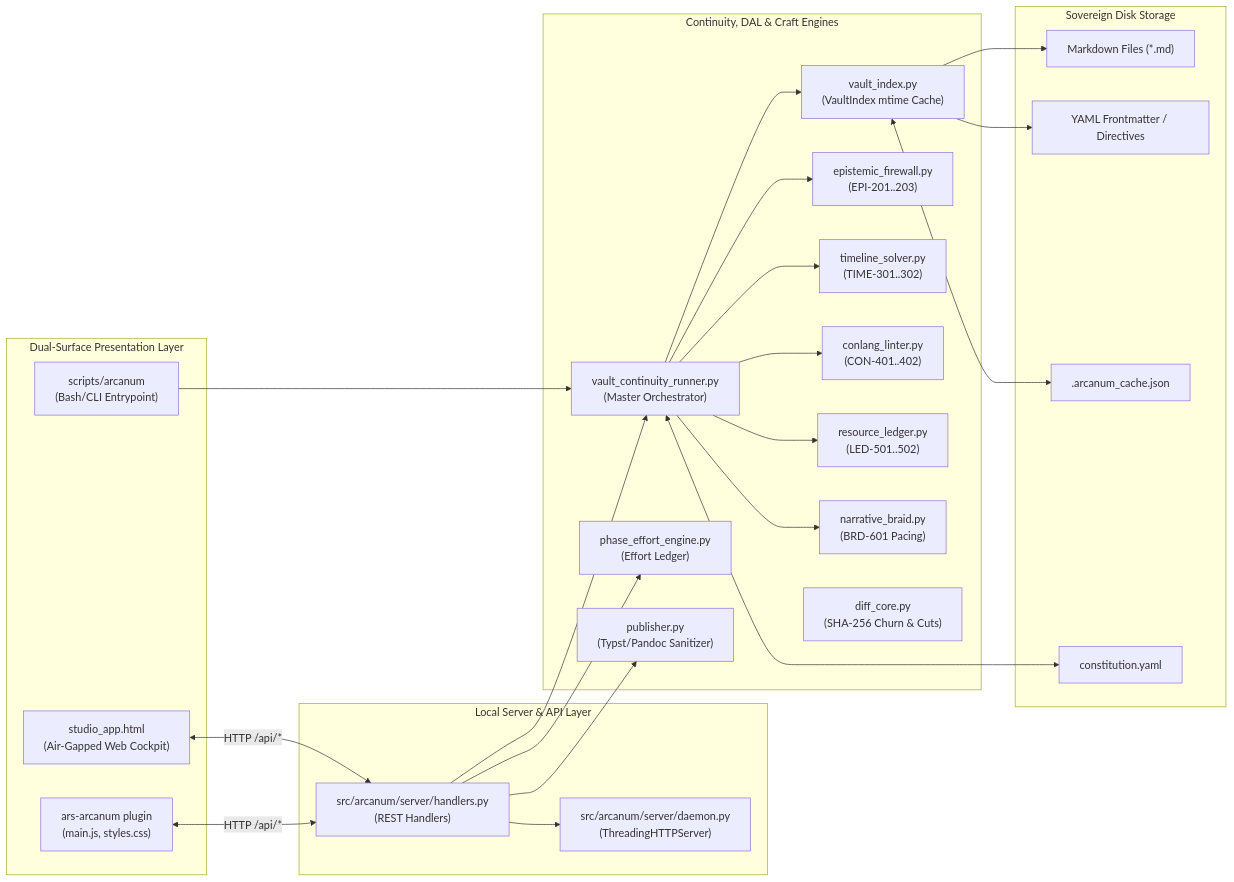
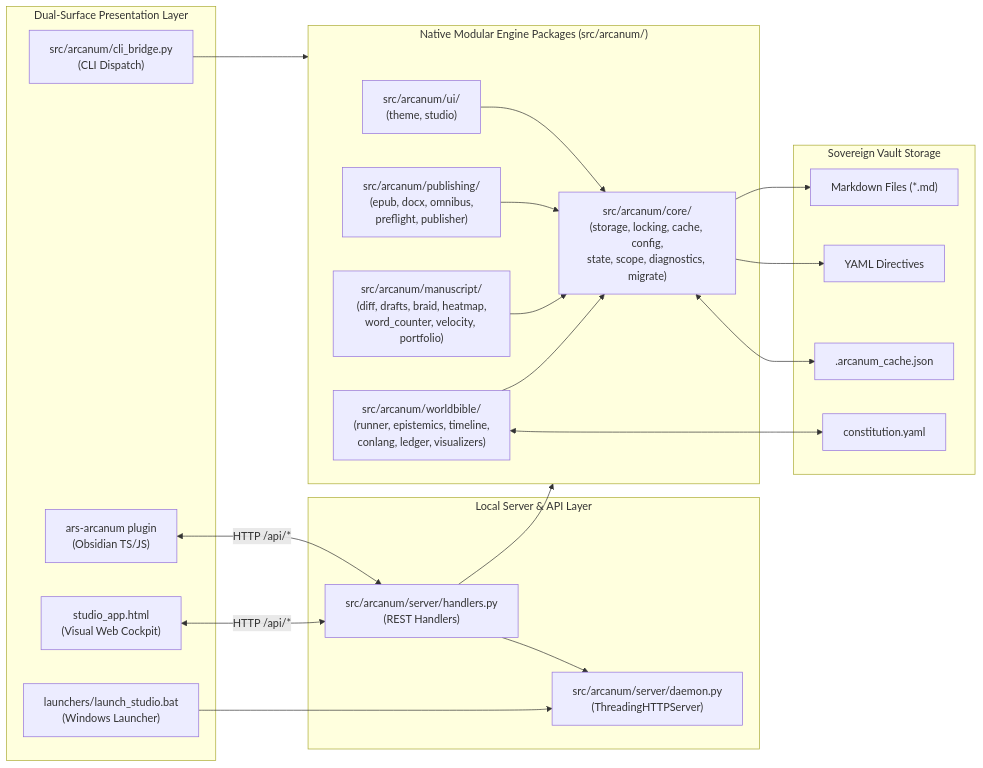
The second of 3 diagrams in docs/codebase/ARCHITECTURE.md (3u2t/Ars-Arcanum), drawn with Mermaid before and after one commit. The commit also changed other lines of this file and 168 other files, not shown here.

First line of the commit message:
feat(core): modernize native package architecture, documentation, and launchers

````diff
--- a/docs/codebase/ARCHITECTURE.md
+++ b/docs/codebase/ARCHITECTURE.md
@@ -233,54 +224,47 @@
 ```mermaid
 flowchart LR
-    subgraph UI_Surface["Dual-Surface Presentation Layer"]
-        HTML["studio_app.html\n(Air-Gapped Web Cockpit)"]
-        Obsidian["ars-arcanum plugin\n(main.js, styles.css)"]
-        CLIBridge["scripts/arcanum\n(Bash/CLI Entrypoint)"]
+    subgraph Presentation_Layer["Dual-Surface Presentation Layer"]
+        HTML["studio_app.html\n(Visual Web Cockpit)"]
+        Obsidian["ars-arcanum plugin\n(Obsidian TS/JS)"]
+        CLIBridge["src/arcanum/cli_bridge.py\n(CLI Dispatch)"]
+        Launchers["launchers/launch_studio.bat\n(Windows Launcher)"]
     end
 
     subgraph Server_Layer["Local Server & API Layer"]
         DaemonModule["src/arcanum/server/daemon.py\n(ThreadingHTTPServer)"]
         Handlers["src/arcanum/server/handlers.py\n(REST Handlers)"]
     end
 
-    subgraph Core_Engines["Continuity, DAL & Craft Engines"]
-        Runner["vault_continuity_runner.py\n(Master Orchestrator)"]
-        DAL["vault_index.py\n(VaultIndex mtime Cache)"]
-        EPI["epistemic_firewall.py\n(EPI-201..203)"]
-        TIME["timeline_solver.py\n(TIME-301..302)"]
-        CON["conlang_linter.py\n(CON-401..402)"]
-        LED["resource_ledger.py\n(LED-501..502)"]
-        BRAID["narrative_braid.py\n(BRD-601 Pacing)"]
-        EFFORT["phase_effort_engine.py\n(Effort Ledger)"]
-        DIFF["diff_core.py\n(SHA-256 Churn & Cuts)"]
-        PUB["publisher.py\n(Typst/Pandoc Sanitizer)"]
+    subgraph Native_Packages["Native Modular Engine Packages (src/arcanum/)"]
+        CorePkg["src/arcanum/core/\n(storage, locking, cache, config,\nstate, scope, diagnostics, migrate)"]
+        ManuscriptPkg["src/arcanum/manuscript/\n(diff, drafts, braid, heatmap,\nword_counter, velocity, portfolio)"]
+        WorldbiblePkg["src/arcanum/worldbible/\n(runner, epistemics, timeline,\nconlang, ledger, visualizers)"]
+        PublishingPkg["src/arcanum/publishing/\n(epub, docx, omnibus,\npreflight, publisher)"]
+        UIPkg["src/arcanum/ui/\n(theme, studio)"]
     end
 
-    subgraph Storage["Sovereign Disk Storage"]
+    subgraph Storage["Sovereign Vault Storage"]
         MarkdownVault["Markdown Files (*.md)"]
-        Frontmatter["YAML Frontmatter / Directives"]
+        Frontmatter["YAML Directives"]
         CacheFile[".arcanum_cache.json"]
         Constitution["constitution.yaml"]
     end
 
+    Launchers --> DaemonModule
     HTML <-->|HTTP /api/*| Handlers
     Obsidian <-->|HTTP /api/*| Handlers
-    CLIBridge --> Runner
+    CLIBridge --> Native_Packages
     
     Handlers --> DaemonModule
-    Handlers --> Runner
-    Handlers --> EFFORT
-    Handlers --> PUB
+    Handlers --> Native_Packages
     
-    Runner --> DAL
-    Runner --> EPI
-    Runner --> TIME
-    Runner --> CON
-    Runner --> LED
-    Runner --> BRAID
+    WorldbiblePkg --> CorePkg
+    ManuscriptPkg --> CorePkg
+    PublishingPkg --> CorePkg
+    UIPkg --> CorePkg
     
-    DAL <--> CacheFile
-    DAL --> MarkdownVault
-    DAL --> Frontmatter
-    Runner <--> Constitution
+    CorePkg <--> CacheFile
+    CorePkg --> MarkdownVault
+    CorePkg --> Frontmatter
+    WorldbiblePkg <--> Constitution
 ```
````
